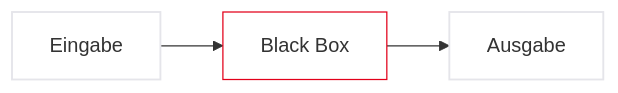
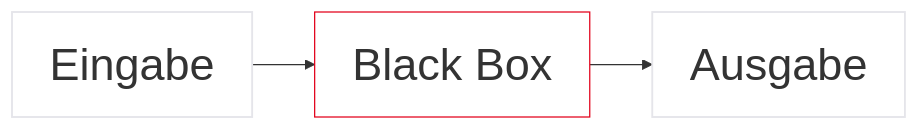
The fourth of 38 diagrams in vorlesungen/01_kickoff.qmd (dantschi/mct1), drawn with Mermaid before and after one commit. The commit also changed other lines of this file and 6 other files, not shown here.

First line of the commit message:
Behebe Mermaid-Lesbarkeit und Folien-Overflow im Kickoff.

````diff
--- a/vorlesungen/01_kickoff.qmd
+++ b/vorlesungen/01_kickoff.qmd
@@ -195,8 +187,8 @@
 ```{mermaid}
+%%{init: {'themeVariables': {'fontSize': '36px', 'fontFamily': 'Inter, sans-serif'}}}%%
 graph LR
-  Input[Eingabe] --> B[Black Box]
-  B --> Output[Ausgabe]
+  Input[Eingabe] --> B[Black Box] --> Output[Ausgabe]
   style B fill:#FFFFFF,stroke:#E2001A,stroke-width:2px !important
   style Input fill:#FFFFFF,stroke:#E5E5EA,stroke-width:1.5px
   style Output fill:#FFFFFF,stroke:#E5E5EA,stroke-width:1.5px
 ```
````
